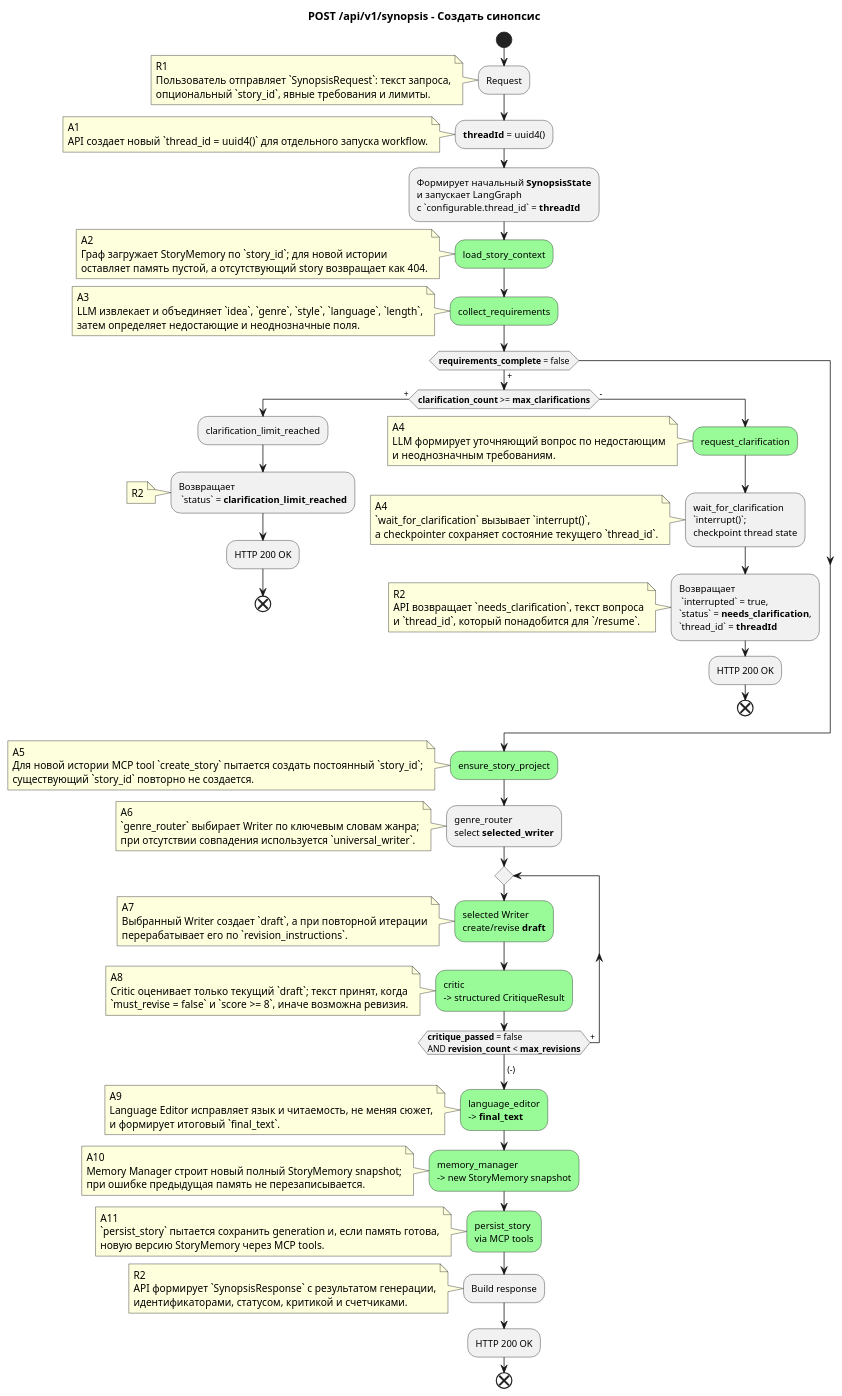
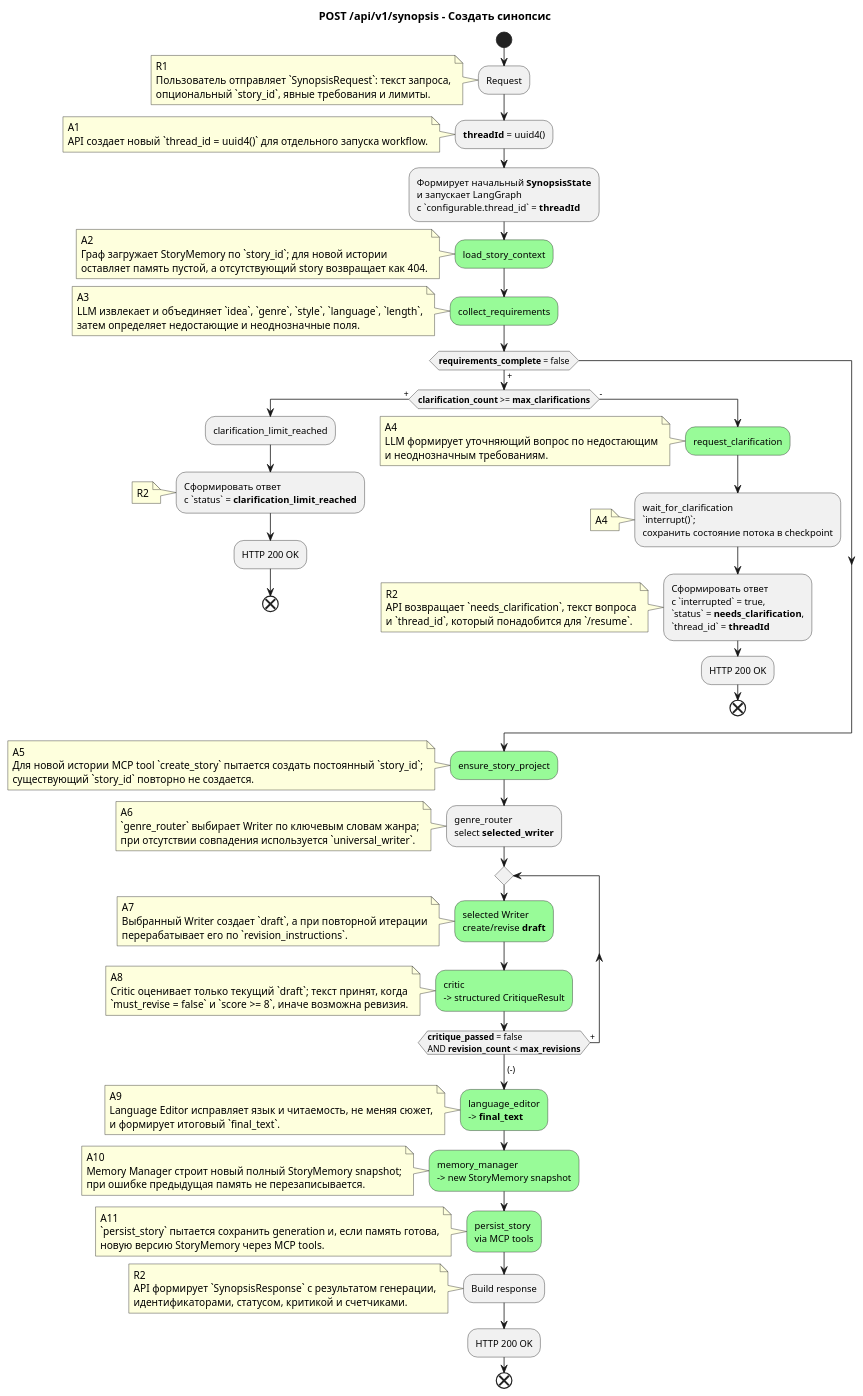
One commit to C4dB4ne/synopsis_generator changed the diagram in docs/diagrams/puml/SG-1-C.PostCreateSynopsis.activity.puml. Above: the diagram before and after it, drawn with PlantUML. The commit also changed 5 other files, not shown here.

```diff
--- a/docs/diagrams/puml/SG-1-C.PostCreateSynopsis.activity.puml
+++ b/docs/diagrams/puml/SG-1-C.PostCreateSynopsis.activity.puml
@@ -1,129 +1,125 @@
 @startuml POST /api/v1/synopsis - Создать синопсис
 
 title POST /api/v1/synopsis - Создать синопсис
 start
 
 :Request;
 note
     R1
     Пользователь отправляет `SynopsisRequest`: текст запроса,
     опциональный `story_id`, явные требования и лимиты.
 end note
 
 :**threadId** = uuid4();
 note
     A1
     API создает новый `thread_id = uuid4()` для отдельного запуска workflow.
 end note
 
 :Формирует начальный **SynopsisState**\nи запускает LangGraph\nс `configurable.thread_id` = **threadId**;
 
 #palegreen :load_story_context;
 note
     A2
     Граф загружает StoryMemory по `story_id`; для новой истории
     оставляет память пустой, а отсутствующий story возвращает как 404.
 end note
 
 #palegreen :collect_requirements;
 note
     A3
     LLM извлекает и объединяет `idea`, `genre`, `style`, `language`, `length`,
     затем определяет недостающие и неоднозначные поля.
 end note
 
 if (**requirements_complete** = false) then (+)
     if (**clarification_count** >= **max_clarifications**) then (+)
         :clarification_limit_reached;
-        :Возвращает \n `status` = **clarification_limit_reached**;
+        :Сформировать ответ\nс `status` = **clarification_limit_reached**;
         note: R2
         :HTTP 200 OK;
         end
     else (-)
         #palegreen :request_clarification;
         note
             A4
             LLM формирует уточняющий вопрос по недостающим
             и неоднозначным требованиям.
         end note
-        :wait_for_clarification\n`interrupt()`;\ncheckpoint thread state;
-        note
-            A4
-            `wait_for_clarification` вызывает `interrupt()`,
-            а checkpointer сохраняет состояние текущего `thread_id`.
-        end note
-        :Возвращает\n `interrupted` = true,\n`status` = **needs_clarification**,\n`thread_id` = **threadId**;
+        :wait_for_clarification\n`interrupt()`;\nсохранить состояние потока в checkpoint;
+        note: A4
+        :Сформировать ответ\nc `interrupted` = true,\n`status` = **needs_clarification**,\n`thread_id` = **threadId**;
         note
             R2
             API возвращает `needs_clarification`, текст вопроса
             и `thread_id`, который понадобится для `/resume`.
         end note
         :HTTP 200 OK;
         end
     endif
 endif
 
 #palegreen :ensure_story_project;
 note
     A5
     Для новой истории MCP tool `create_story` пытается создать постоянный `story_id`;
     существующий `story_id` повторно не создается.
 end note
 
 :genre_router\nselect **selected_writer**;
 note
     A6
     `genre_router` выбирает Writer по ключевым словам жанра;
     при отсутствии совпадения используется `universal_writer`.
 end note
 
 repeat
     #palegreen :selected Writer\ncreate/revise **draft**;
     note
         A7
         Выбранный Writer создает `draft`, а при повторной итерации
         перерабатывает его по `revision_instructions`.
     end note
 
     #palegreen :critic\n-> structured CritiqueResult;
     note
         A8
         Critic оценивает только текущий `draft`; текст принят, когда
         `must_revise = false` и `score >= 8`, иначе возможна ревизия.
     end note
 
 repeat while (**critique_passed** = false\nAND **revision_count** < **max_revisions**) is (+)
 -> (-);
 
 #palegreen :language_editor\n-> **final_text**;
 note
     A9
     Language Editor исправляет язык и читаемость, не меняя сюжет,
     и формирует итоговый `final_text`.
 end note
 
 #palegreen :memory_manager\n-> new StoryMemory snapshot;
 note
     A10
     Memory Manager строит новый полный StoryMemory snapshot;
     при ошибке предыдущая память не перезаписывается.
 end note
 
 #palegreen :persist_story\nvia MCP tools;
 note
     A11
     `persist_story` пытается сохранить generation и, если память готова,
     новую версию StoryMemory через MCP tools.
 end note
 
 :Build response;
 note
     R2
     API формирует `SynopsisResponse` с результатом генерации,
     идентификаторами, статусом, критикой и счетчиками.
 end note
 
 :HTTP 200 OK;
 end
 
 @enduml
```
